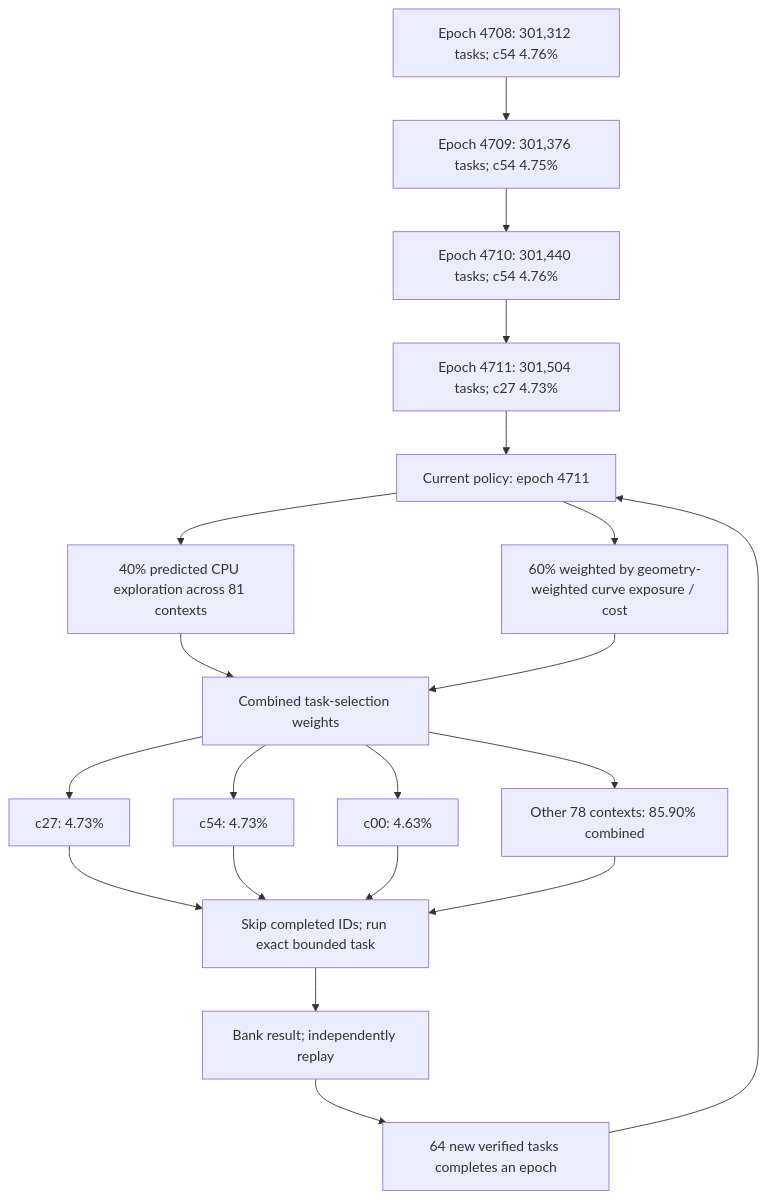
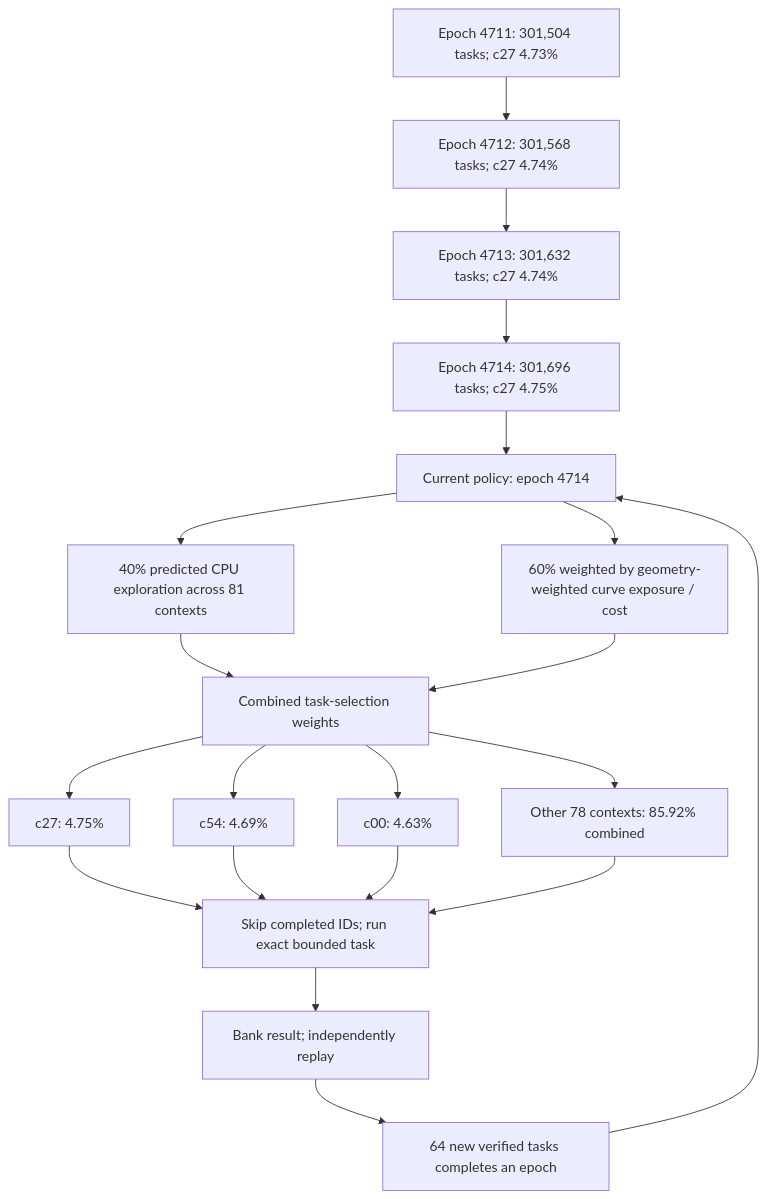
Before and after one commit to Kuberwastaken/math-gambling: the first of 3 diagrams in README.md, drawn with Mermaid. The commit also changed other lines of this file and 2618 other files, not shown here.

````diff
--- a/README.md
+++ b/README.md
@@ -60,27 +60,27 @@
 ```mermaid
 flowchart TD
-    H0["Epoch 4708: 301,312 tasks; c54 4.76%"]
-    H1["Epoch 4709: 301,376 tasks; c54 4.75%"]
+    H0["Epoch 4711: 301,504 tasks; c27 4.73%"]
+    H1["Epoch 4712: 301,568 tasks; c27 4.74%"]
     H0 --> H1
-    H2["Epoch 4710: 301,440 tasks; c54 4.76%"]
+    H2["Epoch 4713: 301,632 tasks; c27 4.74%"]
     H1 --> H2
-    H3["Epoch 4711: 301,504 tasks; c27 4.73%"]
+    H3["Epoch 4714: 301,696 tasks; c27 4.75%"]
     H2 --> H3
-    Policy["Current policy: epoch 4711"]
+    Policy["Current policy: epoch 4714"]
     H3 --> Policy
     Policy --> Explore["40% predicted CPU exploration across 81 contexts"]
     Policy --> Cost["60% weighted by geometry-weighted curve exposure / cost"]
     Explore --> Mix["Combined task-selection weights"]
     Cost --> Mix
-    Mix --> C0["c27: 4.73%"]
-    Mix --> C1["c54: 4.73%"]
+    Mix --> C0["c27: 4.75%"]
+    Mix --> C1["c54: 4.69%"]
     Mix --> C2["c00: 4.63%"]
-    Mix --> Rest["Other 78 contexts: 85.90% combined"]
+    Mix --> Rest["Other 78 contexts: 85.92% combined"]
     C0 --> Check["Skip completed IDs; run exact bounded task"]
     C1 --> Check
     C2 --> Check
     Rest --> Check
     Check --> Replay["Bank result; independently replay"]
     Replay --> Gate["64 new verified tasks completes an epoch"]
     Gate --> Policy
 ```
````
